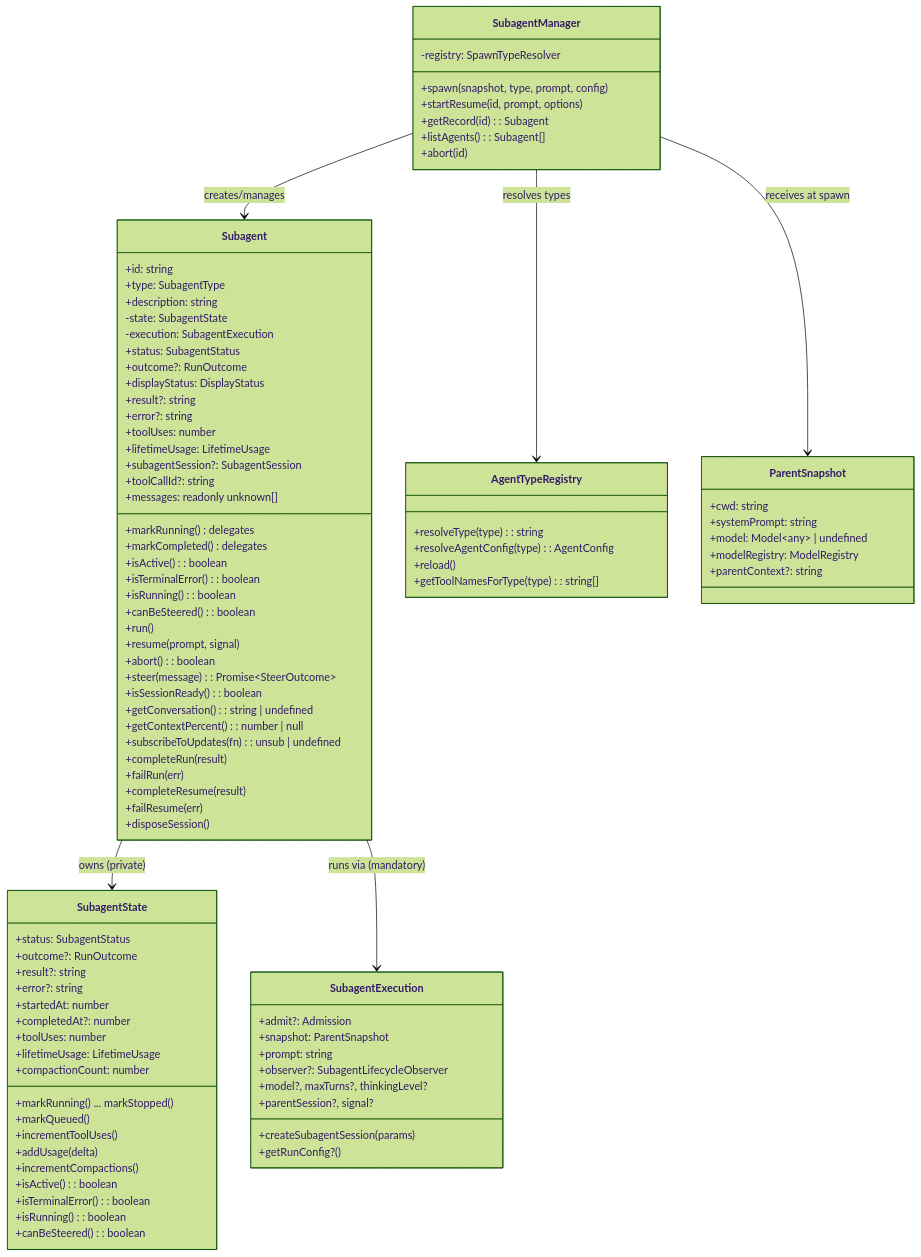
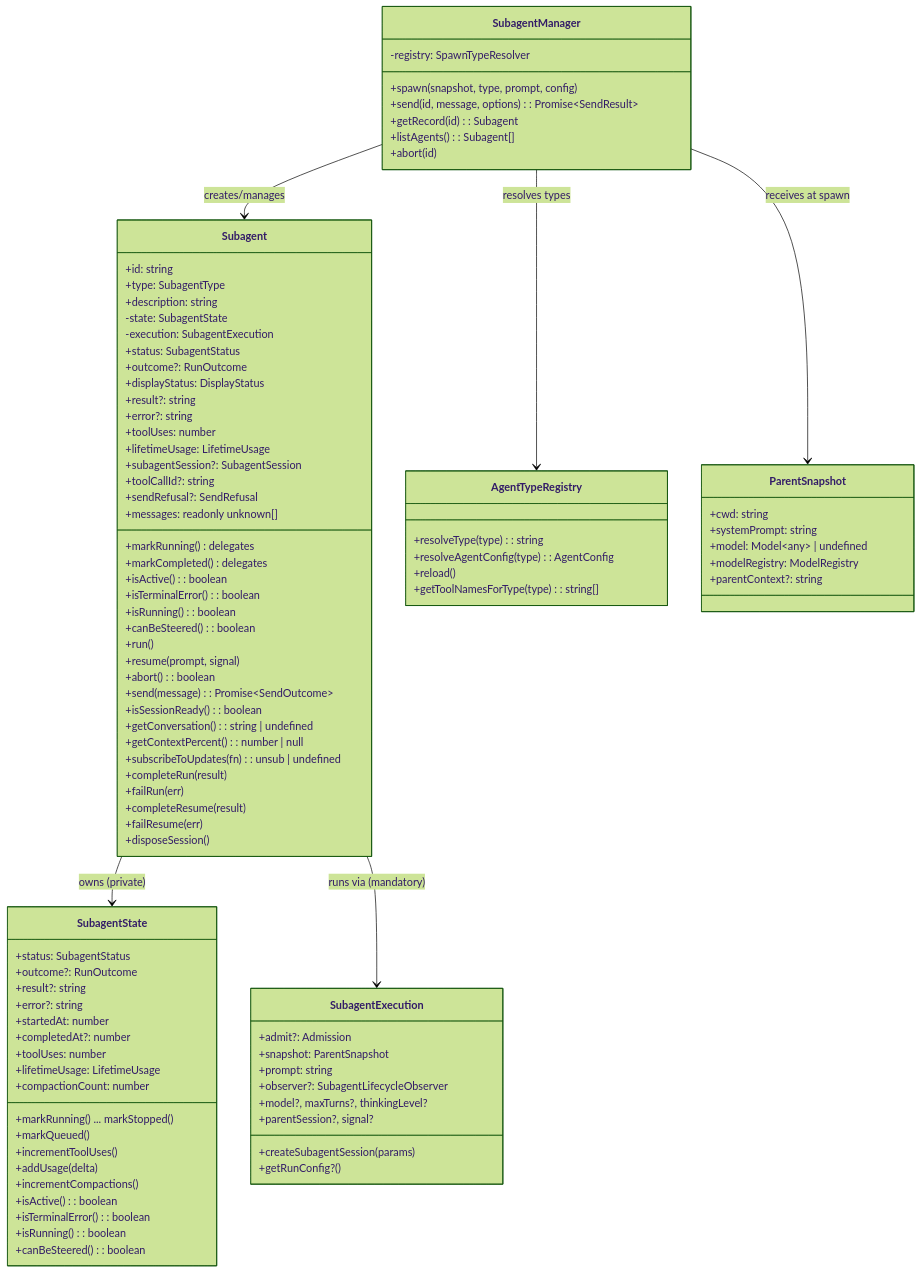
Before and after one commit to zacheryph/pi: the second of 4 diagrams in extensions/pi-subagent/docs/architecture/architecture.md, drawn with Mermaid (forest theme). The commit also changed other lines of this file and 66 other files, not shown here.

First line of the commit message:
Replace steer and resume with subagent_send

```diff
--- a/extensions/pi-subagent/docs/architecture/architecture.md
+++ b/extensions/pi-subagent/docs/architecture/architecture.md
@@ -161,7 +161,8 @@
         +run()
         +resume(prompt, signal)
         +abort(): boolean
-        +steer(message): Promise~SteerOutcome~
+        +send(message): Promise~SendOutcome~
+        +sendRefusal?: SendRefusal
         +isSessionReady(): boolean
         +getConversation(): string | undefined
         +getContextPercent(): number | null
@@ -209,7 +210,7 @@
     class SubagentManager {
         -registry: SpawnTypeResolver
         +spawn(snapshot, type, prompt, config)
-        +startResume(id, prompt, options)
+        +send(id, message, options): Promise~SendResult~
         +getRecord(id): Subagent
         +listAgents(): Subagent[]
         +abort(id)
```
